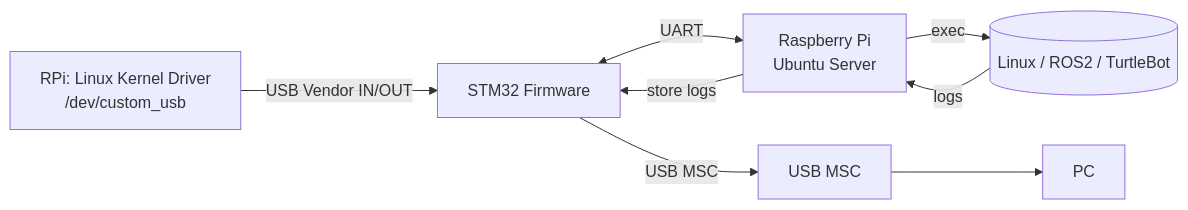
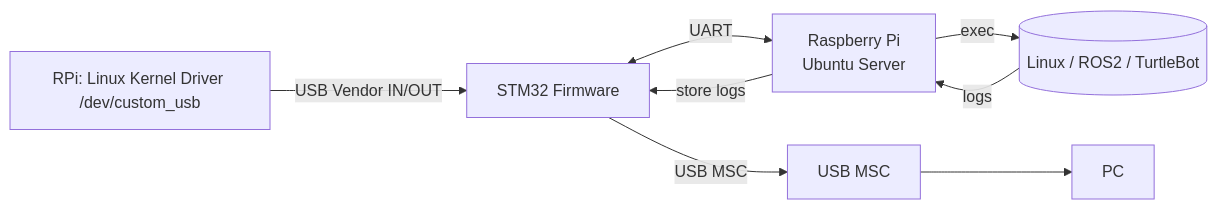
Before and after one commit to KKami-An/ChangHoiAn: the second of 4 diagrams in README.md, drawn with Mermaid.

Commit message:
Fix formatting in README.md for flowchart

````diff
--- a/README.md
+++ b/README.md
@@ -46,10 +46,10 @@
 ```mermaid
 flowchart LR
-  KRPI[RPi: Linux Kernel Driver\n/dev/custom_usb] -->|USB Vendor IN/OUT| MCU[STM32 Firmware\n]
+  KRPI[RPi: Linux Kernel Driver /dev/custom_usb] -->|USB Vendor IN/OUT| MCU[STM32 Firmware]
   MCU <-->|UART| RPI[Raspberry Pi\nUbuntu Server]
   RPI -->|exec| SYS[(Linux / ROS2 / TurtleBot)]
   SYS -->|logs| RPI
   RPI -->|store logs| MCU
   MCU -->|USB MSC| MSC2[USB MSC]
   MSC2 --> PC2[PC]
 ```
````
